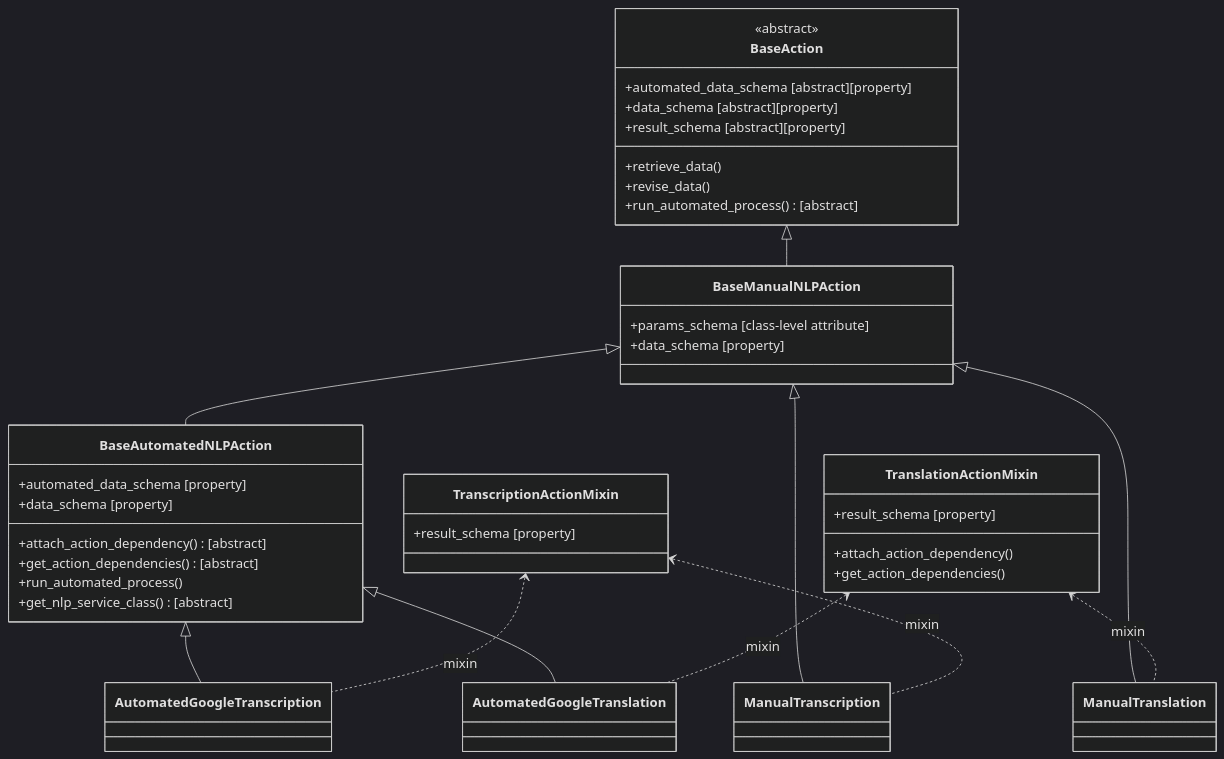
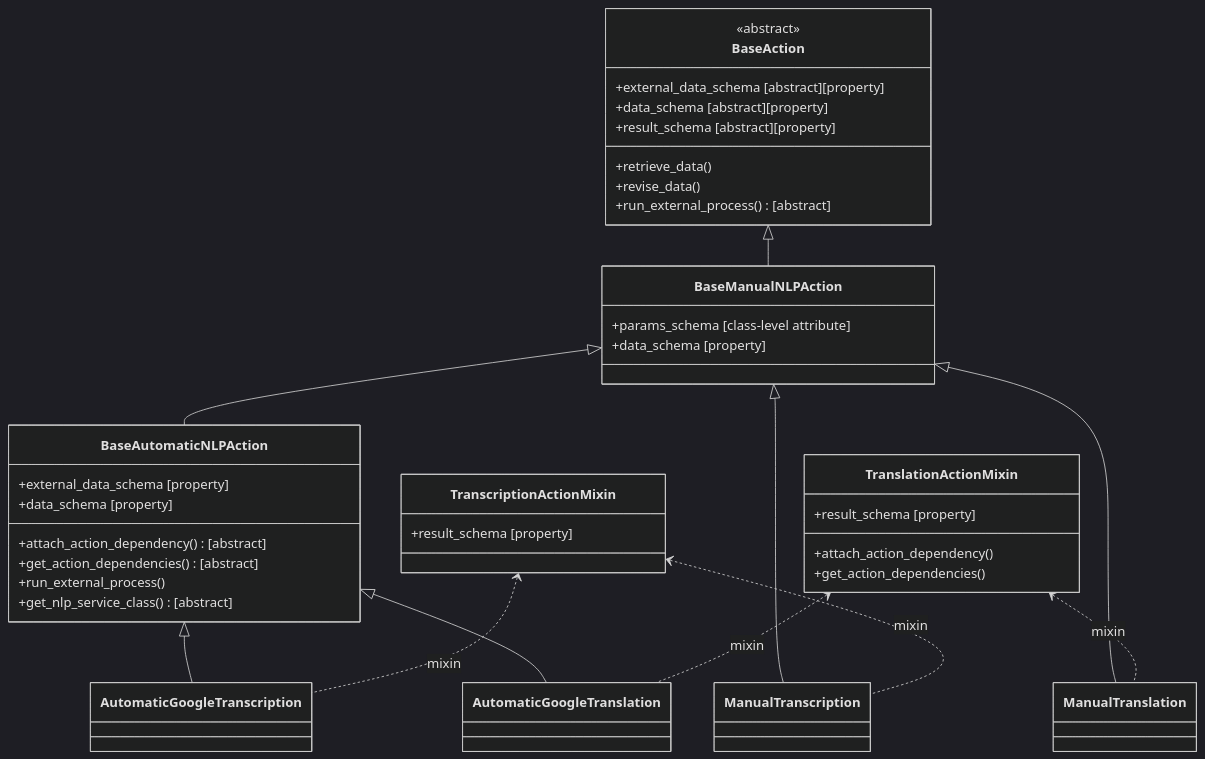
The first of 3 diagrams in kobo/apps/subsequences/README.md (kobotoolbox/kpi), drawn with Mermaid (dark theme) before and after one commit. The commit also changed other lines of this file and 13 other files, not shown here.

First line of the commit message:
refactor(subsequences): rename "automated" to "automatic" (#6446)

````diff
--- a/kobo/apps/subsequences/README.md
+++ b/kobo/apps/subsequences/README.md
@@ -24,61 +24,61 @@
 ```mermaid
 classDiagram
 direction TB
 
 %% ==== Bases ====
 class BaseAction {
   <<abstract>>
-  +automated_data_schema [abstract][property]
+  +external_data_schema [abstract][property]
   +data_schema [abstract][property]
   +result_schema [abstract][property]
   +retrieve_data()
   +revise_data()
-  +run_automated_process() [abstract]
+  +run_external_process() [abstract]
 }
 
 class BaseManualNLPAction {
   +params_schema [class-level attribute]
   +data_schema [property]
 }
 
-class BaseAutomatedNLPAction {
+class BaseAutomaticNLPAction {
   +attach_action_dependency() [abstract]
-  +automated_data_schema [property]
+  +external_data_schema [property]
   +data_schema [property]
   +get_action_dependencies() [abstract]
-  +run_automated_process()
+  +run_external_process()
   +get_nlp_service_class() [abstract]
 }
 
 %% ==== Concrete ====
 class ManualTranscription
 class ManualTranslation
-class AutomatedGoogleTranscription
-class AutomatedGoogleTranslation
+class AutomaticGoogleTranscription
+class AutomaticGoogleTranslation
 
 %% ==== Mixins (provide result_schema) ====
 class TranscriptionActionMixin {
   +result_schema [property]
 }
 class TranslationActionMixin {
   +attach_action_dependency()
   +get_action_dependencies()
   +result_schema [property]
 }
 
 %% ==== Inheritance (bases) ====
 BaseAction <|-- BaseManualNLPAction
-BaseManualNLPAction <|-- BaseAutomatedNLPAction
+BaseManualNLPAction <|-- BaseAutomaticNLPAction
 
 %% ==== Inheritance (concretes) ====
 BaseManualNLPAction <|-- ManualTranscription
 BaseManualNLPAction <|-- ManualTranslation
-BaseAutomatedNLPAction <|-- AutomatedGoogleTranscription
-BaseAutomatedNLPAction <|-- AutomatedGoogleTranslation
+BaseAutomaticNLPAction <|-- AutomaticGoogleTranscription
+BaseAutomaticNLPAction <|-- AutomaticGoogleTranslation
 
 %% ==== Mixins -> Concretes ====
 TranscriptionActionMixin <.. ManualTranscription : mixin
-TranscriptionActionMixin <.. AutomatedGoogleTranscription : mixin
+TranscriptionActionMixin <.. AutomaticGoogleTranscription : mixin
 TranslationActionMixin  <.. ManualTranslation : mixin
-TranslationActionMixin  <.. AutomatedGoogleTranslation : mixin
+TranslationActionMixin  <.. AutomaticGoogleTranslation : mixin
 ```
````
